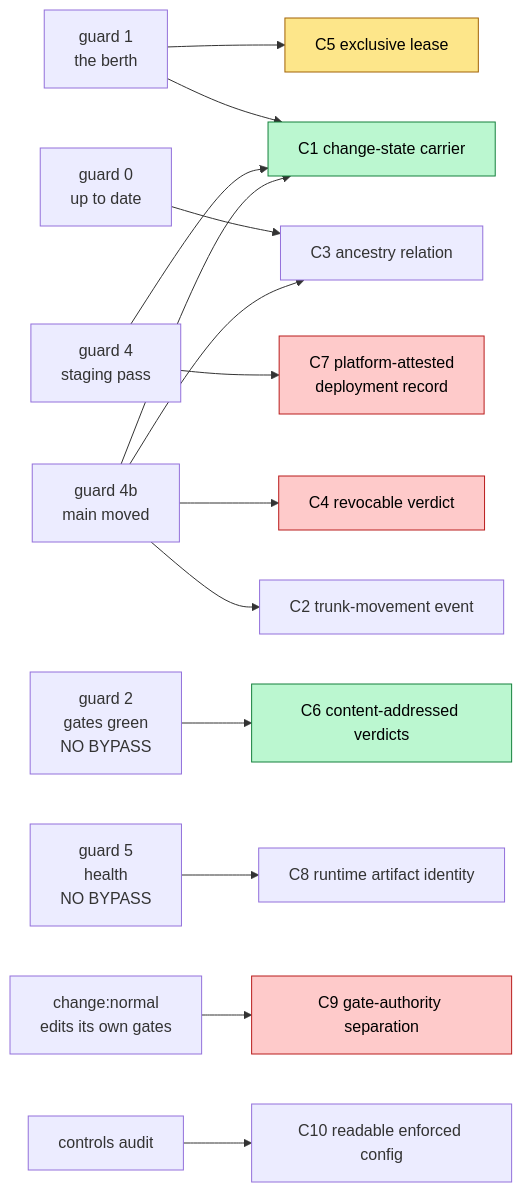
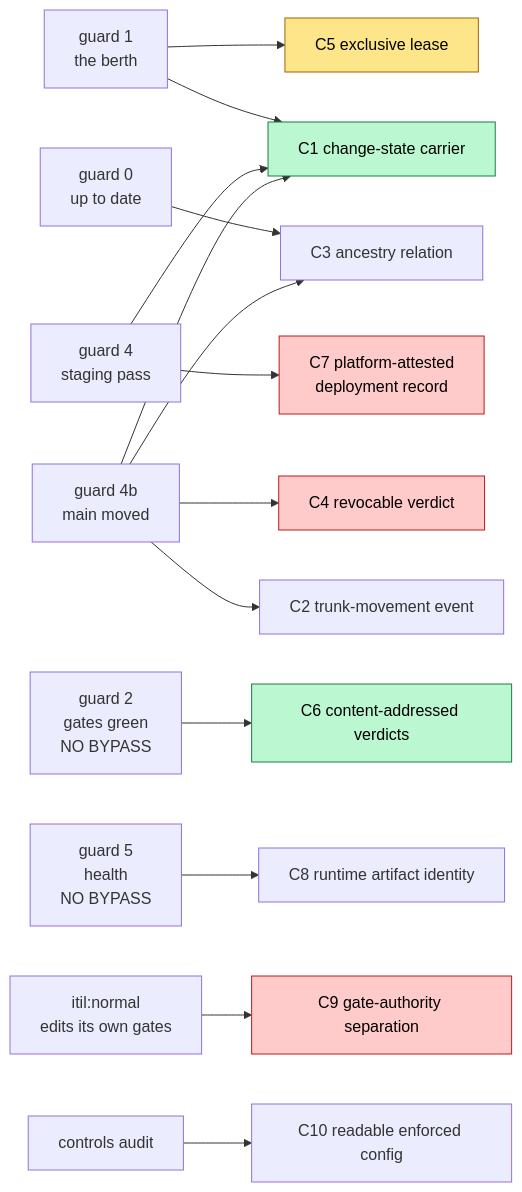
Before and after one commit to aygp-dr/standard-change: the diagram in docs/ci-portability.org, drawn with Mermaid. The commit also changed other lines of this file and 11 other files, not shown here.

```diff
--- a/docs/ci-portability.org
+++ b/docs/ci-portability.org
@@ -78,34 +78,34 @@
 #+begin_src mermaid :eval never-export
 flowchart LR
     G0["guard 0<br/>up to date"] --> C3
     G1["guard 1<br/>the berth"] --> C1
     G1 --> C5
     G2["guard 2<br/>gates green<br/>NO BYPASS"] --> C6
     G4["guard 4<br/>staging pass"] --> C7
     G4 --> C1
     G4B["guard 4b<br/>main moved"] --> C2
     G4B --> C3
     G4B --> C4
     G4B --> C1
     G5["guard 5<br/>health<br/>NO BYPASS"] --> C8
-    CN["change:normal<br/>edits its own gates"] --> C9
+    CN["itil:normal<br/>edits its own gates"] --> C9
     AUD["controls audit"] --> C10
 
     C1["C1 change-state carrier"]
     C2["C2 trunk-movement event"]
     C3["C3 ancestry relation"]
     C4["C4 revocable verdict"]
     C5["C5 exclusive lease"]
     C6["C6 content-addressed verdicts"]
     C7["C7 platform-attested<br/>deployment record"]
     C8["C8 runtime artifact identity"]
     C9["C9 gate-authority separation"]
     C10["C10 readable enforced config"]
 
     style C4 fill:#fecaca,stroke:#b91c1c,color:#000
     style C7 fill:#fecaca,stroke:#b91c1c,color:#000
     style C9 fill:#fecaca,stroke:#b91c1c,color:#000
     style C5 fill:#fde68a,stroke:#a16207,color:#000
     style C1 fill:#bbf7d0,stroke:#15803d,color:#000
     style C6 fill:#bbf7d0,stroke:#15803d,color:#000
 #+end_src
```
